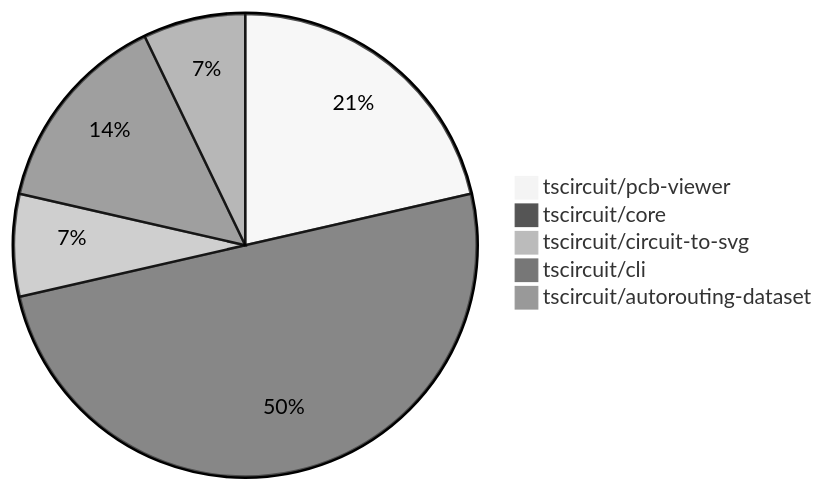
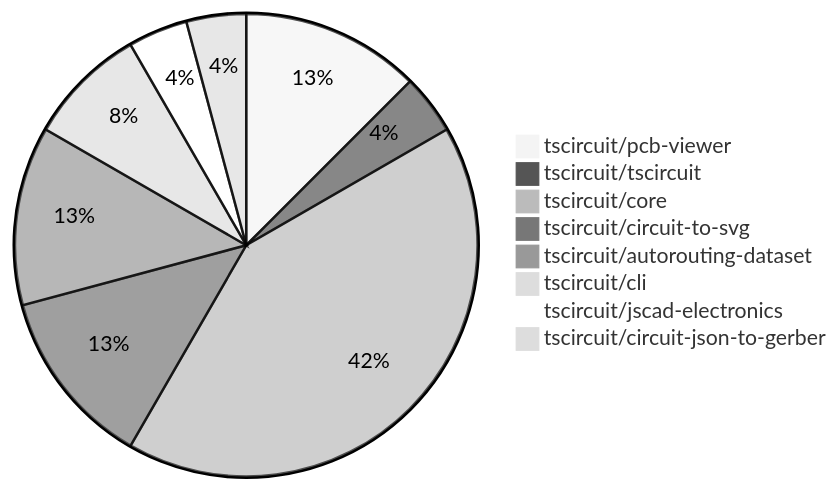
Before and after one commit to tscircuit/contribution-tracker: the diagram in README.md, drawn with Mermaid (neutral theme). The commit also changed other lines of this file and 1 other file, not shown here.

````diff
--- a/README.md
+++ b/README.md
@@ -24,8 +24,11 @@
 ```mermaid
 pie
     "tscircuit/pcb-viewer" : 3
-    "tscircuit/core" : 7
-    "tscircuit/circuit-to-svg" : 1
+    "tscircuit/tscircuit" : 1
+    "tscircuit/core" : 10
+    "tscircuit/circuit-to-svg" : 3
+    "tscircuit/autorouting-dataset" : 3
     "tscircuit/cli" : 2
-    "tscircuit/autorouting-dataset" : 1
+    "tscircuit/jscad-electronics" : 1
+    "tscircuit/circuit-json-to-gerber" : 1
 ```
````
